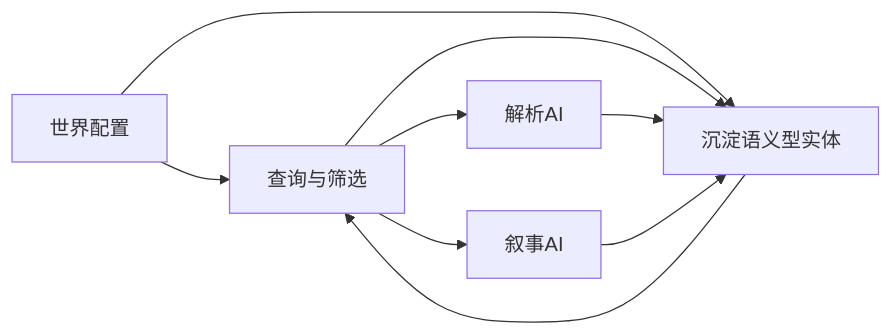
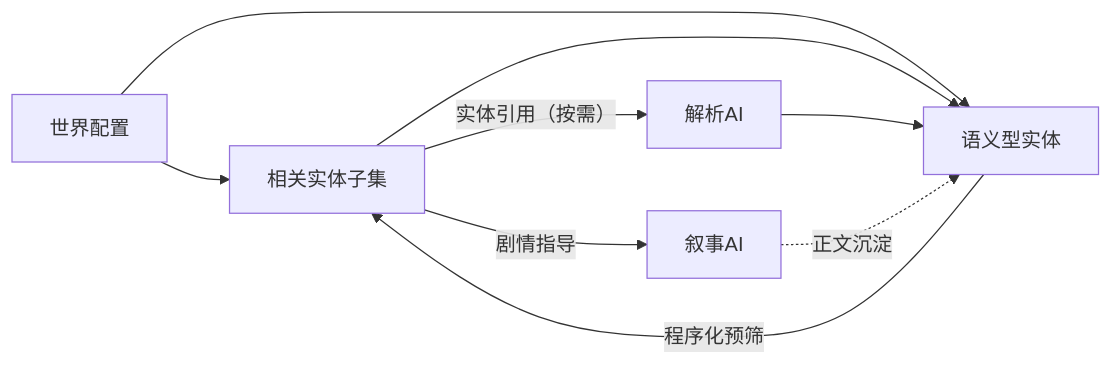
One commit to Winter334/Tsian changed the diagram in plans/world-ecosystem-target-principles.md. Above: the diagram before and after it, drawn with Mermaid. The commit also changed other lines of this file and 3 other files, not shown here.

````diff
--- a/plans/world-ecosystem-target-principles.md
+++ b/plans/world-ecosystem-target-principles.md
@@ -174,11 +174,11 @@
 ```mermaid
 flowchart LR
     A[世界配置] --> B[导演AI]
     A --> C[世界档案初始种子]
     B --> C[维护与编目]
-    C --> B[查询与筛选]
-    B --> D[解析AI]
-    B --> E[叙事AI]
+    C -->|程序化预筛| B[相关实体子集]
+    B -->|剧情指导| E[叙事AI]
+    B -->|实体引用（按需）| D[解析AI]
     D --> C[创建或更新数据型实体]
-    E --> C[沉淀语义型实体]
+    E -.->|正文沉淀| C[语义型实体]
 ```
````
